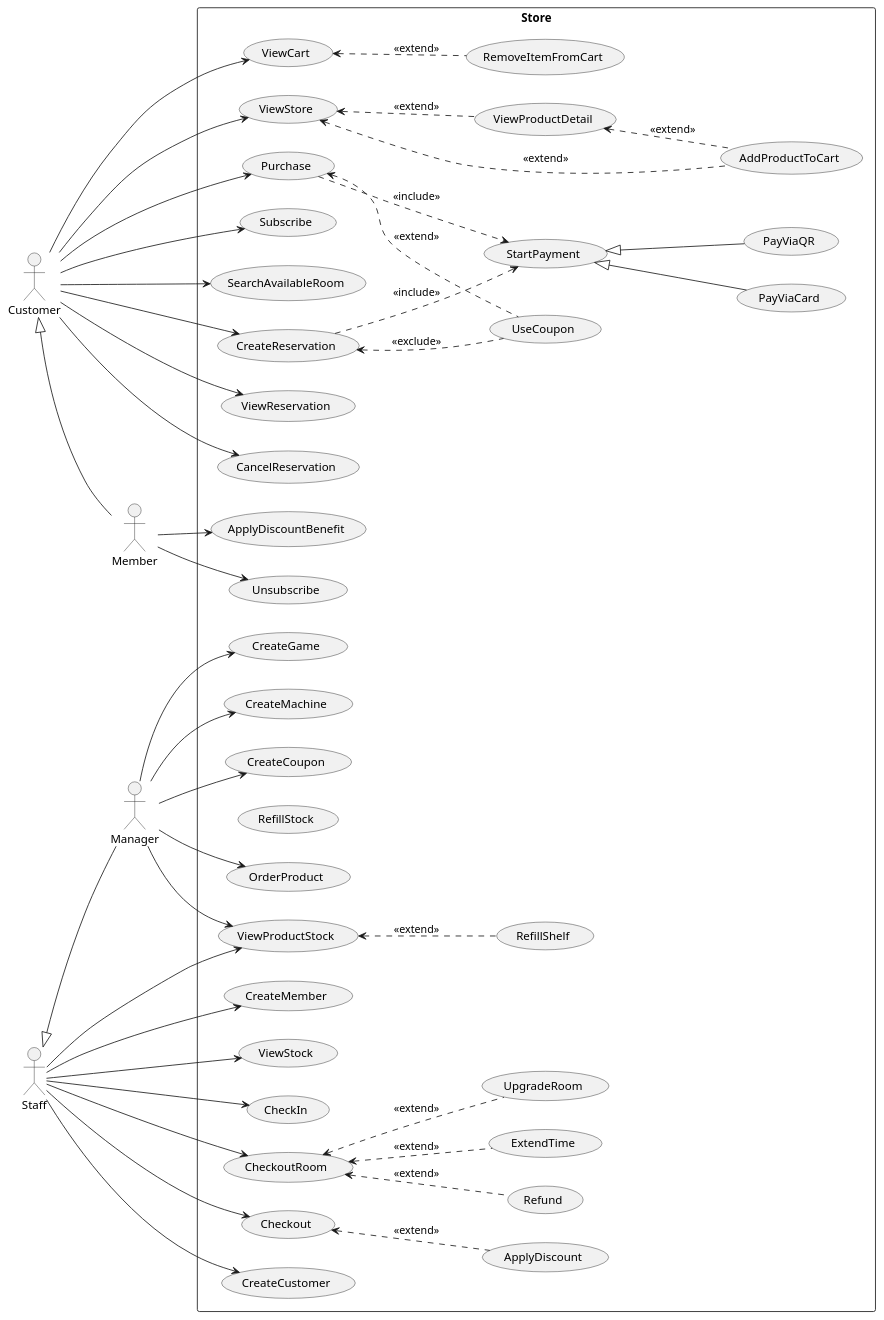
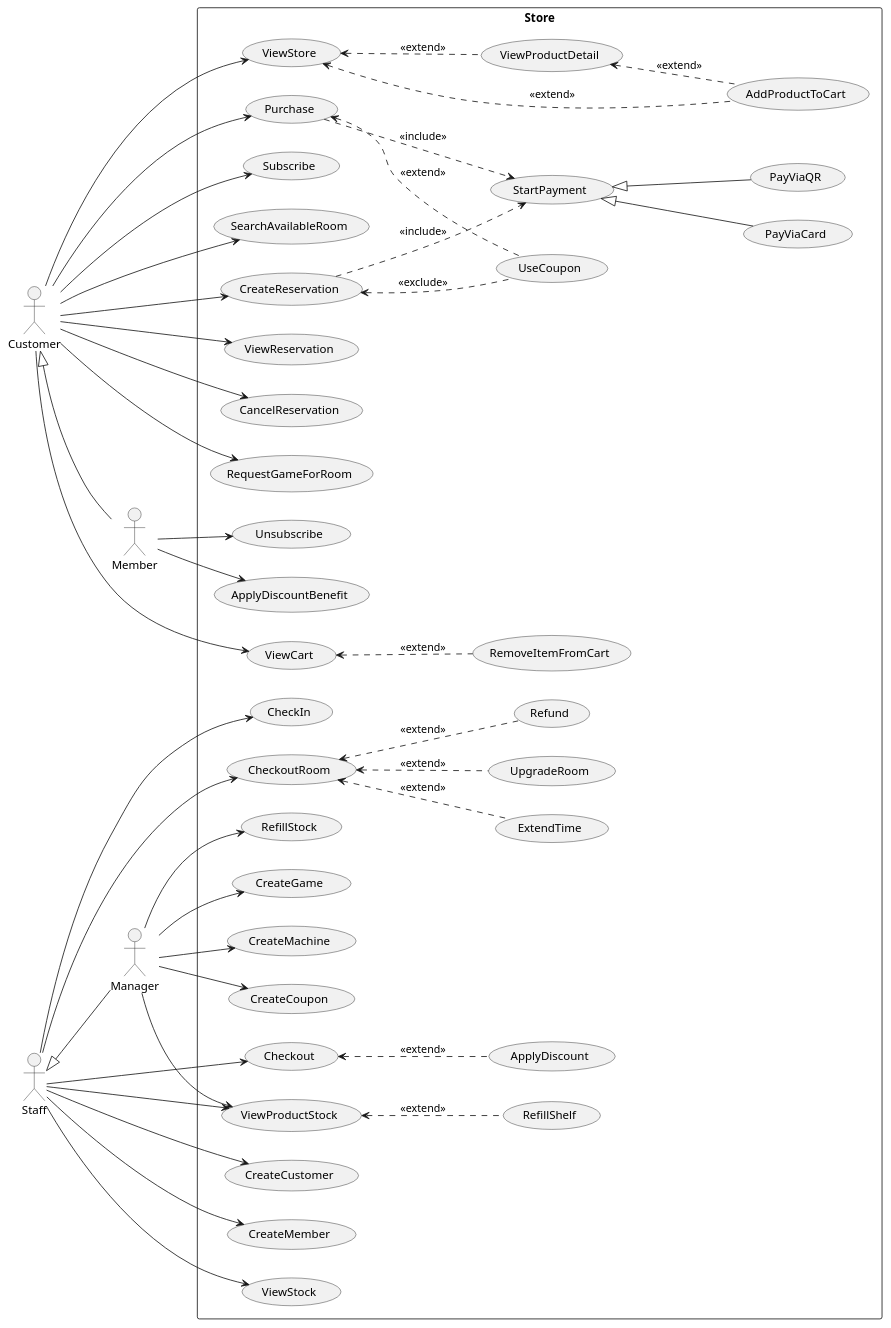
The diagram in UseCaseDiagram/usecase_diagram.puml (WaroonRagwongsiri/OOP_Project), drawn with PlantUML before and after one commit. The commit also changed 3 other files, not shown here.

Commit message:
Refill Shelf(Update) Refill Stock (Added)

```diff
--- a/UseCaseDiagram/usecase_diagram.puml
+++ b/UseCaseDiagram/usecase_diagram.puml
@@ -1,120 +1,121 @@
 @startuml UseCaseDiagram
 left to right direction
 
 ' =========================
 ' Actors (from hierarchy in Class Diagram)
 ' =========================
 actor "Customer" as A_Customer
 actor "Member" as A_Member
 actor "Staff" as A_Staff
 actor "Manager" as A_Manager
 
 A_Customer <|-- A_Member
 A_Staff <|-- A_Manager
 
 rectangle "Store" {
 
 	'Customer'
 	usecase "AddProductToCart" as UC_AddProductToCart
 	usecase "ViewCart" as UC_ViewCart
 	usecase "RemoveItemFromCart" as UC_RemoveItemFromCart
 	usecase "ViewStore" as UC_ViewStore
 	usecase "ViewProductDetail" as UC_ViewProductDetail
 	usecase "Purchase" as UC_Purchase
 	usecase "UseCoupon" as UC_UseCoupon
 	usecase "Subscribe" as UC_Subscribe
 
 	'Payment'
 	usecase "StartPayment" as UC_StartPayment
 	usecase "PayViaCard" as UC_PayViaCard
 	usecase "PayViaQR" as UC_PayViaQR
 
 	'Member'
 	usecase "ApplyDiscountBenefit" as UC_ApplyDiscountBenefit
 	usecase "Unsubscribe" as UC_Unsubscribe
 
 	'Staff'
 	usecase "Checkout" as UC_Checkout
 	usecase "ApplyDiscount" as UC_ApplyDiscount
 	usecase "CreateCustomer" as UC_CreateCustomer
 	usecase "CreateMember" as UC_CreateMember
 
 	'Manager'
 	usecase "CreateGame" as UC_CreateGame
 	usecase "CreateMachine" as UC_CreateMachine
 	usecase "ViewProductStock" as UC_ViewProductStock
 	usecase "RefillShelf" as UC_RefillShelf
 	usecase "CreateCoupon" as UC_CreateCoupon
 	usecase "RefillStock" as UC_RefillStock
 	usecase "ViewStock" as UC_ViewStock
-	usecase "OrderProduct" as UC_OrderProduct
 
 	'Room Reservation'
 	usecase "SearchAvailableRoom" as UC_SearchAvailableRoom
 	usecase "CreateReservation" as UC_CreateReservation
 	usecase "ViewReservation" as UC_ViewReservation
 	usecase "CancelReservation" as UC_CancelReservation
 	usecase "CheckIn" as UC_CheckIn
 	usecase "ExtendTime" as UC_ExtendTime
 	usecase "UpgradeRoom" as UC_UpgradeRoom
 	usecase "CheckoutRoom" as UC_CheckoutRoom
 	usecase "Refund" as UC_Refund
+	usecase "RequestGameForRoom" as UC_RequestGameForRoom
 }
 
 'Customer'
 A_Customer --> UC_ViewCart
 A_Customer --> UC_ViewStore
 A_Customer --> UC_Purchase
 A_Customer --> UC_Subscribe
+A_Customer --> UC_RequestGameForRoom
 
 UC_ViewStore <.. UC_AddProductToCart : <<extend>>
 UC_ViewStore <.. UC_ViewProductDetail : <<extend>>
 
 UC_ViewProductDetail <.. UC_AddProductToCart : <<extend>>
 
 UC_ViewCart <.. UC_RemoveItemFromCart : <<extend>>
 
 UC_Purchase <.. UC_UseCoupon : <<extend>>
 UC_Purchase ..> UC_StartPayment : <<include>>
 
 'Payment'
 UC_StartPayment <|-- UC_PayViaCard
 UC_StartPayment <|-- UC_PayViaQR
 
 'Member'
 A_Member --> UC_ApplyDiscountBenefit
 A_Member --> UC_Unsubscribe
 
 'Staff'
 A_Staff --> UC_Checkout
 A_Staff --> UC_ViewProductStock
 A_Staff --> UC_CreateCustomer
 A_Staff --> UC_CreateMember
 A_Staff --> UC_CheckIn
 A_Staff --> UC_CheckoutRoom
 A_Staff --> UC_ViewStock
 
 UC_CheckoutRoom <.. UC_Refund : <<extend>>
 UC_CheckoutRoom <.. UC_ExtendTime : <<extend>>
 UC_CheckoutRoom <.. UC_UpgradeRoom : <<extend>>
 
 UC_Checkout <.. UC_ApplyDiscount : <<extend>>
 UC_ViewProductStock <.. UC_RefillShelf : <<extend>>
 
 'Manager'
 A_Manager --> UC_CreateCoupon
 A_Manager --> UC_ViewProductStock
 A_Manager --> UC_CreateGame
 A_Manager --> UC_CreateMachine
-A_Manager --> UC_OrderProduct
+A_Manager --> UC_RefillStock
 
 'Customer / Member Reservation
 A_Customer --> UC_SearchAvailableRoom
 A_Customer --> UC_CreateReservation
 A_Customer --> UC_ViewReservation
 A_Customer --> UC_CancelReservation
 
 UC_CreateReservation ..> UC_StartPayment : <<include>>
 UC_CreateReservation <.. UC_UseCoupon : <<exclude>>
 
 @enduml
```
